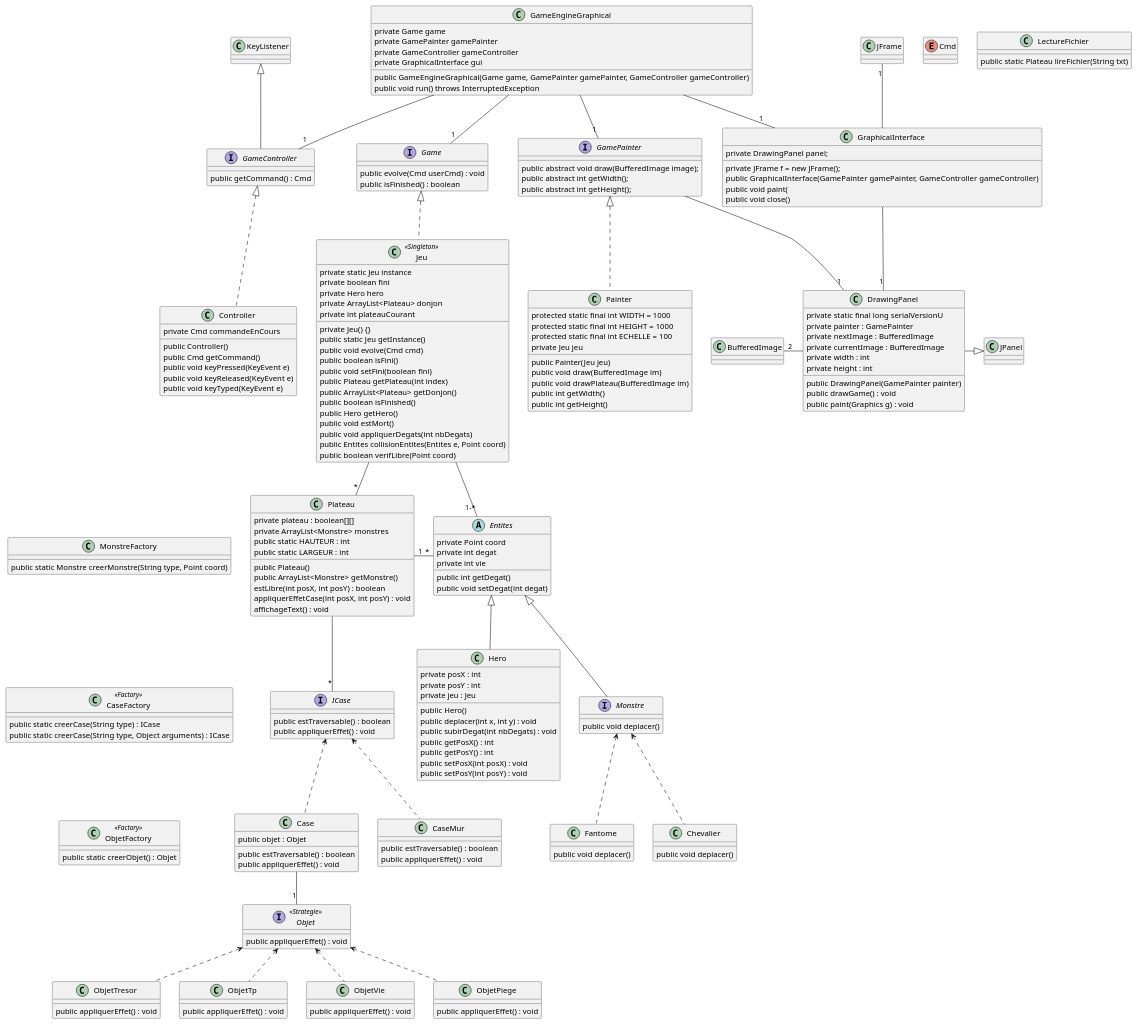
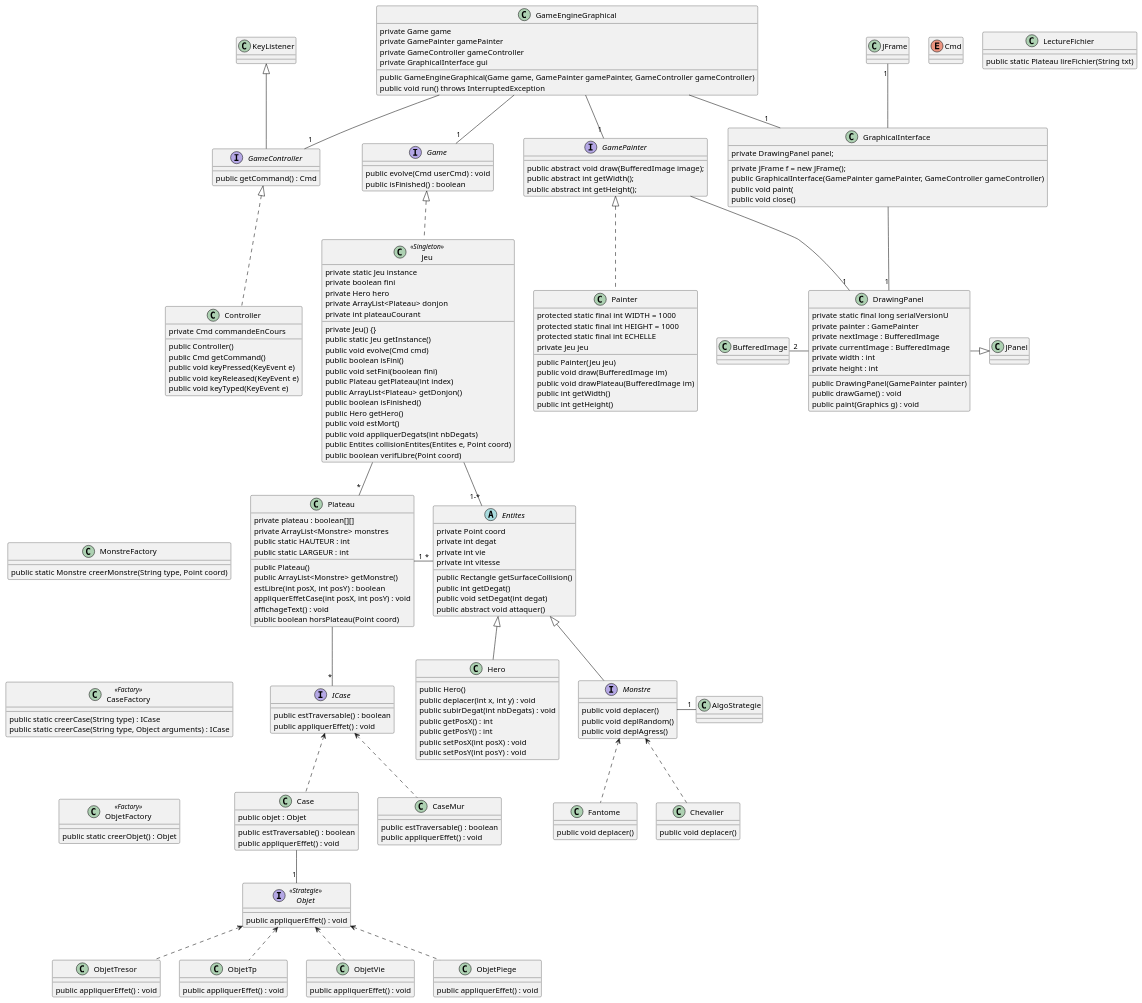
Before and after one commit to fujine/ACL2017_AbJoGuiQuen-: the diagram in Conception/Diagramme de classe.puml, drawn with PlantUML. The commit also changed 12 other files, not shown here.

```diff
--- a/Conception/Diagramme de classe.puml
+++ b/Conception/Diagramme de classe.puml
@@ -1,8 +1,5 @@
 @startuml
 	Class Hero extends Entites {
-		private posX : int
-		private posY : int
-		private jeu : Jeu
 
 		public Hero()
 		public deplacer(int x, int y) : void
@@ -17,9 +14,13 @@
 	    private Point coord
 	    private int degat
 	    private int vie
+	    private int vitesse
+	    public Rectangle getSurfaceCollision()
 	    public int getDegat()
 	    public void setDegat(int degat)
+	    public abstract void attaquer()
 	}
+
 
 	Class Chevalier {
 	    public void deplacer()
@@ -31,6 +32,8 @@
 
 	Interface Monstre extends Entites{
 	    public void deplacer()
+	    public void deplRandom()
+	    public void deplAgress()
 	}
 
 	Class Plateau {
@@ -44,6 +47,7 @@
         estLibre(int posX, int posY) : boolean
         appliquerEffetCase(int posX, int posY) : void
         affichageText() : void
+        public boolean horsPlateau(Point coord)
 
 	}
 
@@ -154,7 +158,7 @@
     class Painter implements GamePainter {
     	protected static final int WIDTH = 1000
     	protected static final int HEIGHT = 1000
-    	protected static final int ECHELLE = 100
+    	protected static final int ECHELLE
     	private Jeu jeu
     	public Painter(Jeu jeu)
     	public void draw(BufferedImage im)
@@ -218,5 +222,7 @@
     Monstre <.. Chevalier
     Monstre <.. Fantome
     MonstreFactory -[hidden]- CaseFactory
+    AlgoStrategie "1" -left- Monstre
+    Hero -[hidden]right- Monstre
 
 @enduml
```
